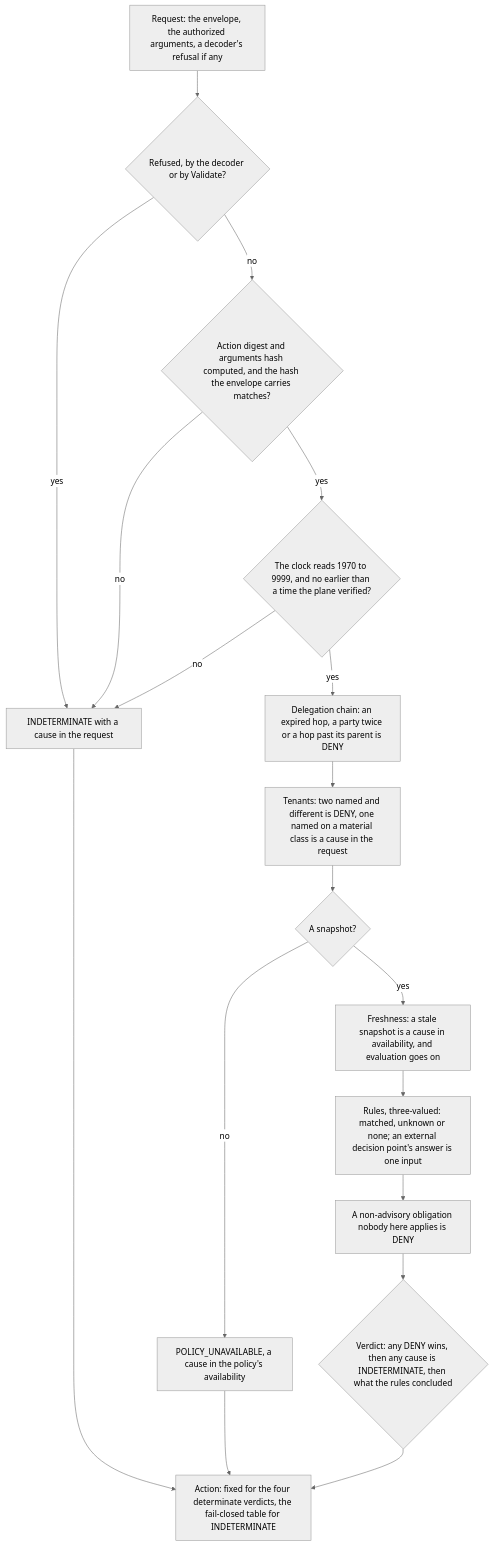
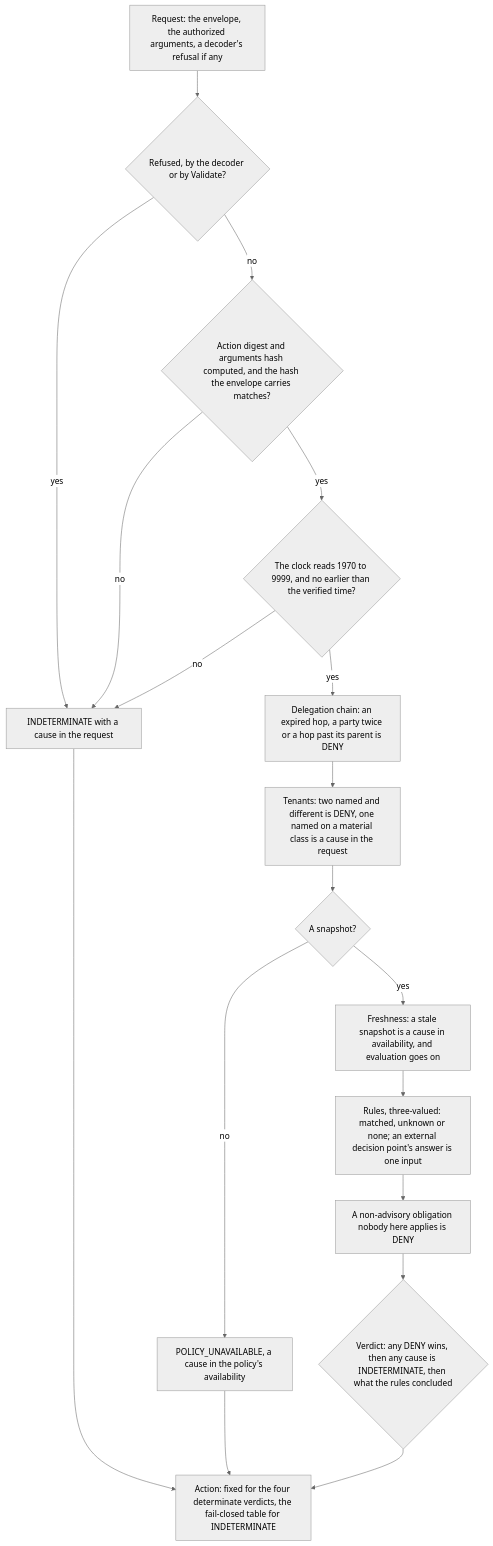
One commit to guardana/control changed the diagram in docs/concepts/how-a-call-is-decided.md. Above: the diagram before and after it, drawn with Mermaid (neutral theme). The commit also changed other lines of this file and 27 other files, not shown here.

First line of the commit message:
docs: one name for the verified time, an inventory current for this release, and the pages the last audits found

````diff
--- a/docs/concepts/how-a-call-is-decided.md
+++ b/docs/concepts/how-a-call-is-decided.md
@@ -21,22 +21,22 @@
 ```mermaid
 flowchart TD
     accTitle: The order of a decision
     accDescr: A refused or mismatched request, or a clock reading the kernel cannot judge by, is INDETERMINATE; otherwise the delegation chain, the tenants, the snapshot and its freshness, the rules and the obligations are read in turn; any DENY wins, any cause makes the verdict INDETERMINATE, and the action follows from the verdict.
     A["Request: the envelope, the authorized arguments, a decoder's refusal if any"] --> B{"Refused, by the decoder or by Validate?"}
     B -->|yes| R["INDETERMINATE with a cause in the request"]
     B -->|no| C{"Action digest and arguments hash computed, and the hash the envelope carries matches?"}
     C -->|no| R
-    C -->|yes| K{"The clock reads 1970 to 9999, and no earlier than a time the plane verified?"}
+    C -->|yes| K{"The clock reads 1970 to 9999, and no earlier than the verified time?"}
     K -->|no| R
     K -->|yes| D["Delegation chain: an expired hop, a party twice or a hop past its parent is DENY"]
     D --> E["Tenants: two named and different is DENY, one named on a material class is a cause in the request"]
     E --> F{"A snapshot?"}
     F -->|no| U["POLICY_UNAVAILABLE, a cause in the policy's availability"]
     F -->|yes| G["Freshness: a stale snapshot is a cause in availability, and evaluation goes on"]
     G --> H["Rules, three-valued: matched, unknown or none; an external decision point's answer is one input"]
     H --> I["A non-advisory obligation nobody here applies is DENY"]
     I --> V{"Verdict: any DENY wins, then any cause is INDETERMINATE, then what the rules concluded"}
     R --> T["Action: fixed for the four determinate verdicts, the fail-closed table for INDETERMINATE"]
     U --> T
     V --> T
 ```
````
